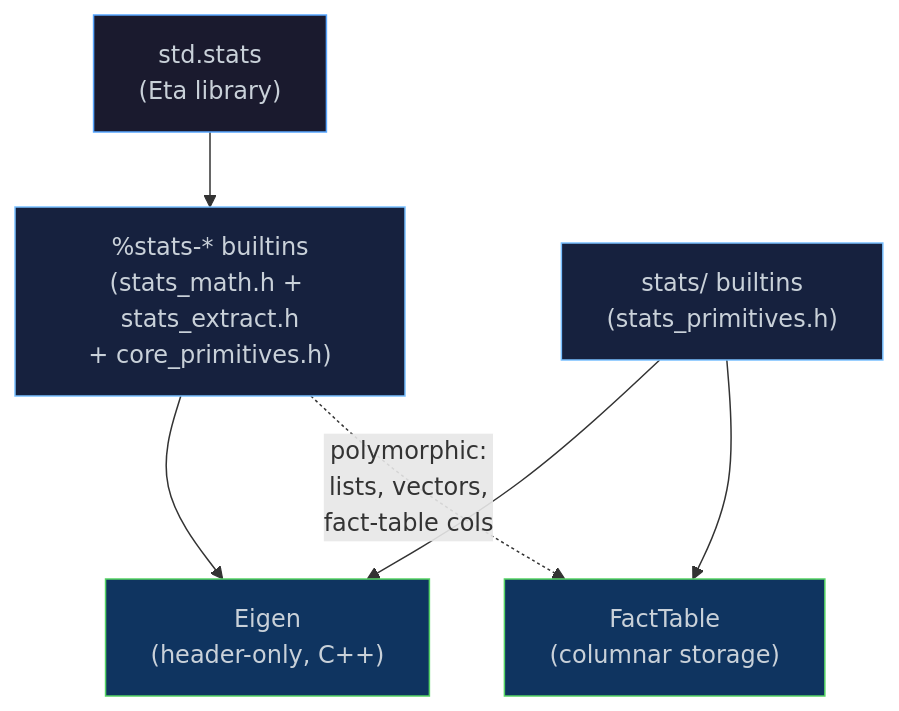
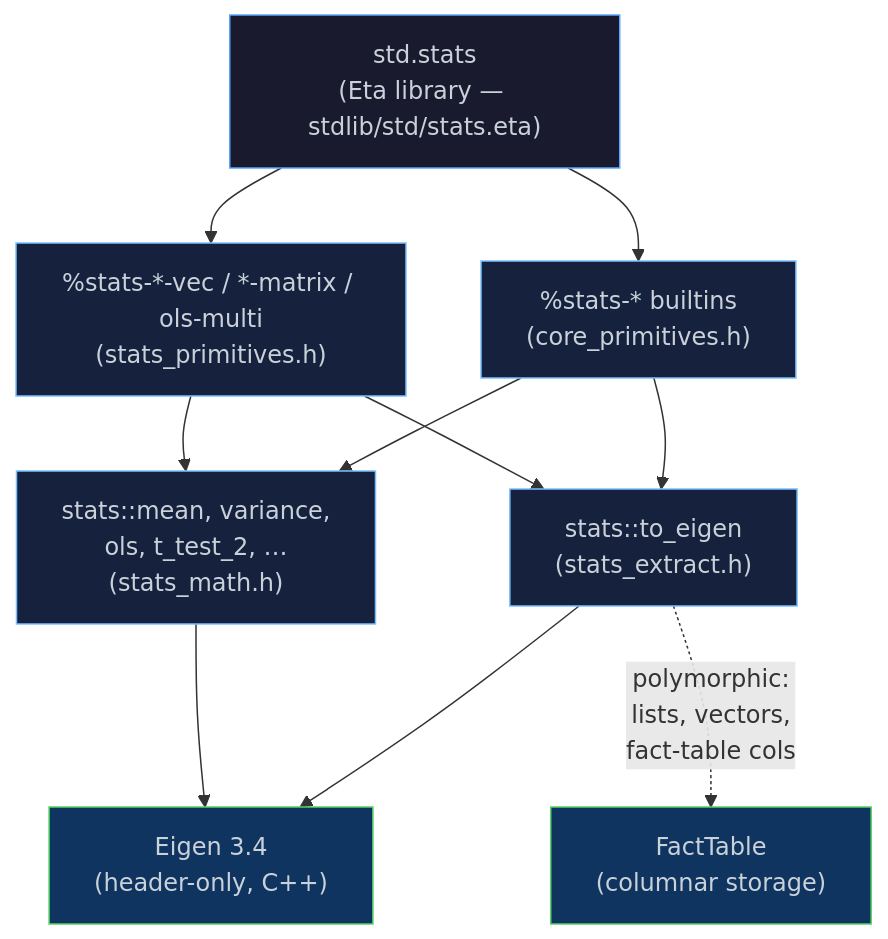
Before and after one commit to lewismj/eta: the diagram in docs/stats.md, drawn with Mermaid. The commit also changed other lines of this file and 6 other files, not shown here.

````diff
--- a/docs/stats.md
+++ b/docs/stats.md
@@ -276,20 +272,28 @@
 ```mermaid
 flowchart TD
-    SL["std.stats\n(Eta library)"]
-    BP["%stats-* builtins\n(stats_math.h + stats_extract.h\n+ core_primitives.h)"]
-    SP["stats/ builtins\n(stats_primitives.h)"]
-    EG["Eigen\n(header-only, C++)"]
+    SL["std.stats\n(Eta library — stdlib/std/stats.eta)"]
+    CP["%stats-* builtins\n(core_primitives.h)"]
+    SP["%stats-*-vec / *-matrix / ols-multi\n(stats_primitives.h)"]
+    EX["stats::to_eigen\n(stats_extract.h)"]
+    SM["stats::mean, variance,\nols, t_test_2, …\n(stats_math.h)"]
+    EG["Eigen 3.4\n(header-only, C++)"]
     FT["FactTable\n(columnar storage)"]
 
-    SL --> BP
-    BP --> EG
-    SP --> EG
-    SP --> FT
-    BP -.->|"polymorphic:\nlists, vectors,\nfact-table cols"| FT
+    SL --> CP
+    SL --> SP
+    CP --> EX
+    CP --> SM
+    SP --> EX
+    SP --> SM
+    EX --> EG
+    SM --> EG
+    EX -.->|"polymorphic:\nlists, vectors,\nfact-table cols"| FT
 
     style SL  fill:#1a1a2e,stroke:#58a6ff,color:#c9d1d9
-    style BP  fill:#16213e,stroke:#79c0ff,color:#c9d1d9
+    style CP  fill:#16213e,stroke:#79c0ff,color:#c9d1d9
     style SP  fill:#16213e,stroke:#79c0ff,color:#c9d1d9
+    style EX  fill:#16213e,stroke:#79c0ff,color:#c9d1d9
+    style SM  fill:#16213e,stroke:#79c0ff,color:#c9d1d9
     style EG  fill:#0f3460,stroke:#56d364,color:#c9d1d9
     style FT  fill:#0f3460,stroke:#56d364,color:#c9d1d9
 ```
````
